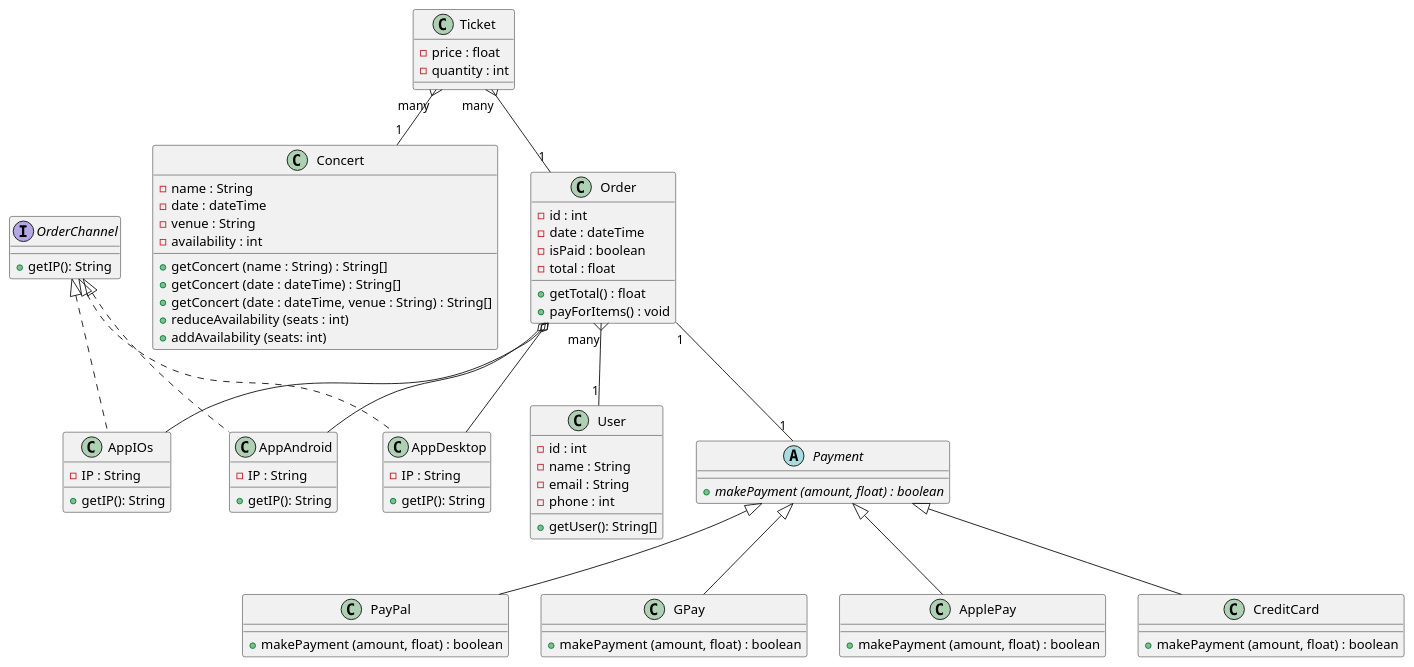
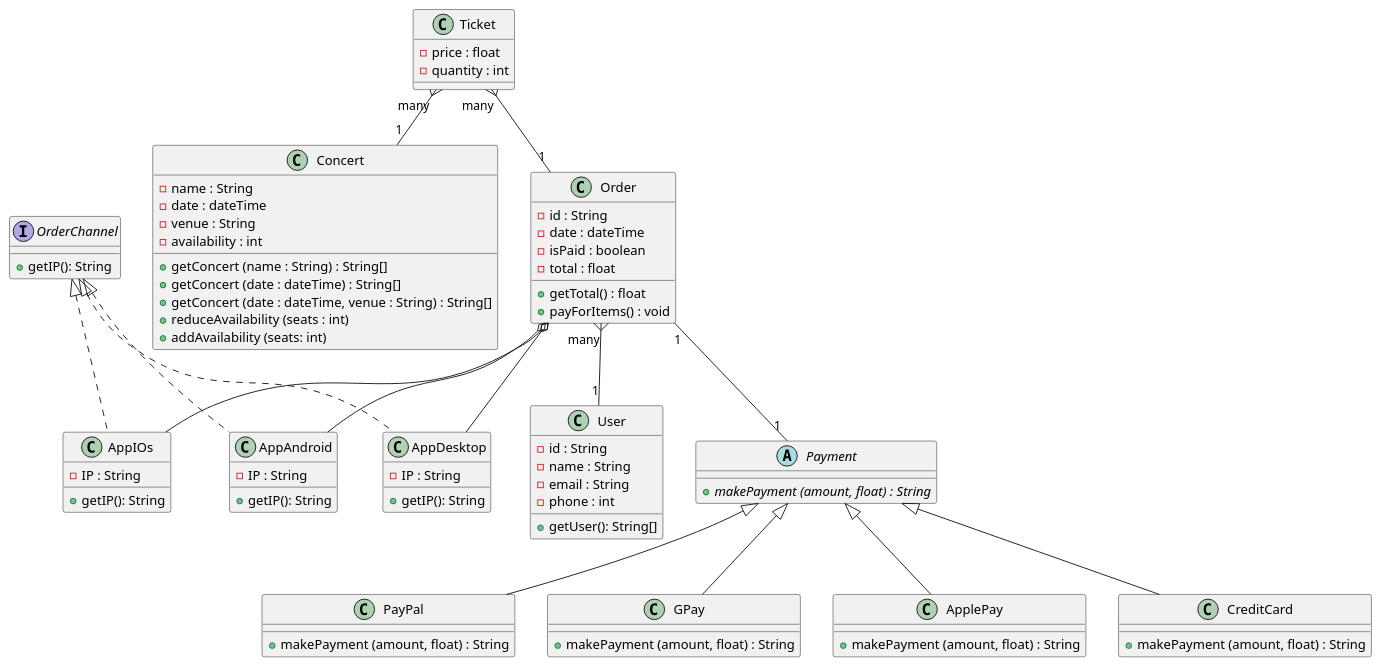
Before and after one commit to abinormal/UML_OOP_team_ticketing_system: the diagram in TicketSales.puml, drawn with PlantUML.

Commit message:
Small alterations to aid error checking with the payment and security with the IDs.

```diff
--- a/TicketSales.puml
+++ b/TicketSales.puml
@@ -1,85 +1,87 @@
 @startuml
 'https://plantuml.com/class-diagram
 
 OrderChannel <|.. AppIOs
 OrderChannel <|.. AppAndroid
 OrderChannel <|.. AppDesktop
 
 Payment <|-- PayPal
 Payment <|-- GPay
 Payment <|-- ApplePay
 Payment <|-- CreditCard
 
 Order o-- AppDesktop
 Order o-- AppAndroid
 Order o-- AppIOs
 
 Order "1" -- "1" Payment
 
 Ticket "many" }-- "1" Order
 Ticket "many" }-- "1" Concert
 Order "many" }-- "1" User
 
 interface OrderChannel {
     + getIP(): String
 }
 abstract Payment {
-    + {abstract} makePayment (amount, float) : boolean
+    + {abstract} makePayment (amount, float) : String
 }
 class User {
-    - id : int
+    'Use a UUID for the ID
+    - id : String
     - name : String
     - email : String
     - phone : int
     + getUser(): String[]
 }
 class Ticket {
     - price : float
     - quantity : int
 }
 class AppIOs {
     - IP : String
     + getIP(): String
 }
 class AppAndroid {
     - IP : String
     + getIP(): String
 }
 class AppDesktop {
     - IP : String
     + getIP(): String
 }
 class PayPal {
-    + makePayment (amount, float) : boolean
+    + makePayment (amount, float) : String
 }
 class GPay {
-    + makePayment (amount, float) : boolean
+    + makePayment (amount, float) : String
 }
 class ApplePay {
-    + makePayment (amount, float) : boolean
+    + makePayment (amount, float) : String
 }
 class CreditCard {
-    + makePayment (amount, float) : boolean
+    + makePayment (amount, float) : String
 }
 
 'This doubles as a basket/cart and an order
 class Order {
-    - id : int
+    'Use a UUID for the ID
+    - id : String
     - date : dateTime
     - isPaid : boolean
     - total : float
     + getTotal() : float
     + payForItems() : void
 }
 class Concert {
     - name : String
     - date : dateTime
     - venue : String
     - availability : int
     + getConcert (name : String) : String[]
     + getConcert (date : dateTime) : String[]
     + getConcert (date : dateTime, venue : String) : String[]
     + reduceAvailability (seats : int)
     + addAvailability (seats: int)
 }
 @enduml
```
